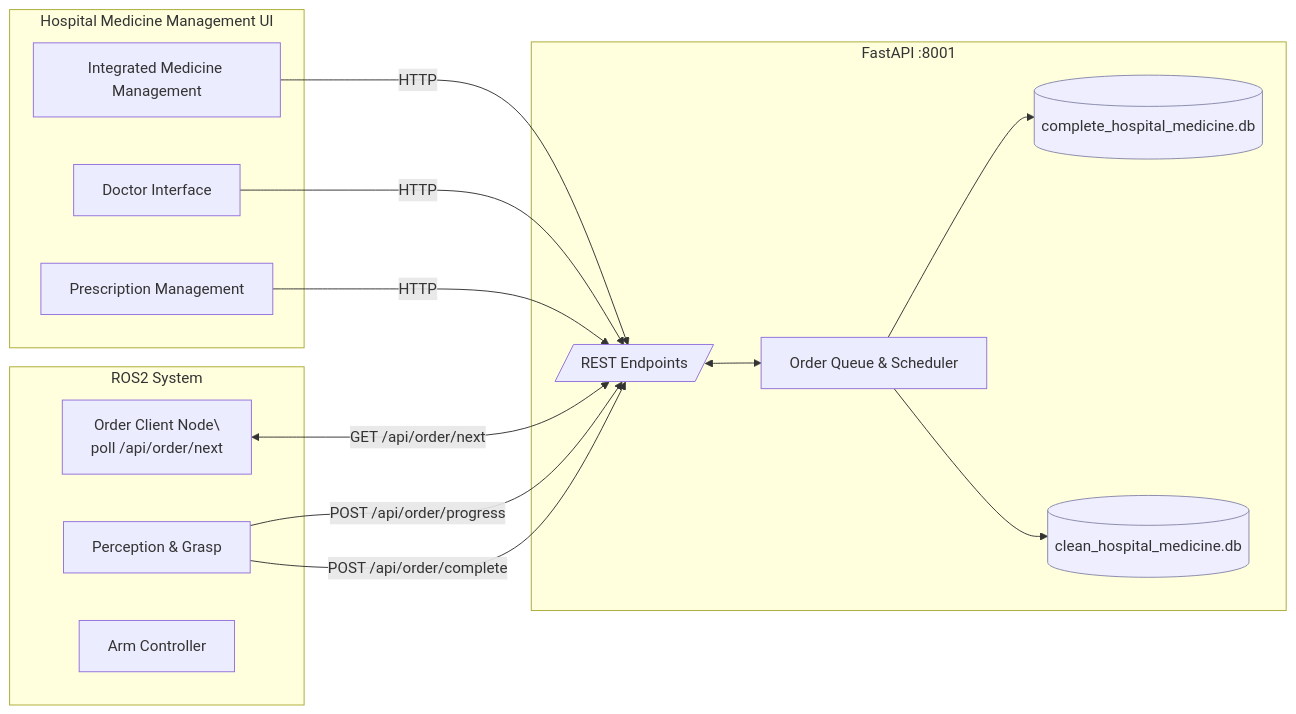
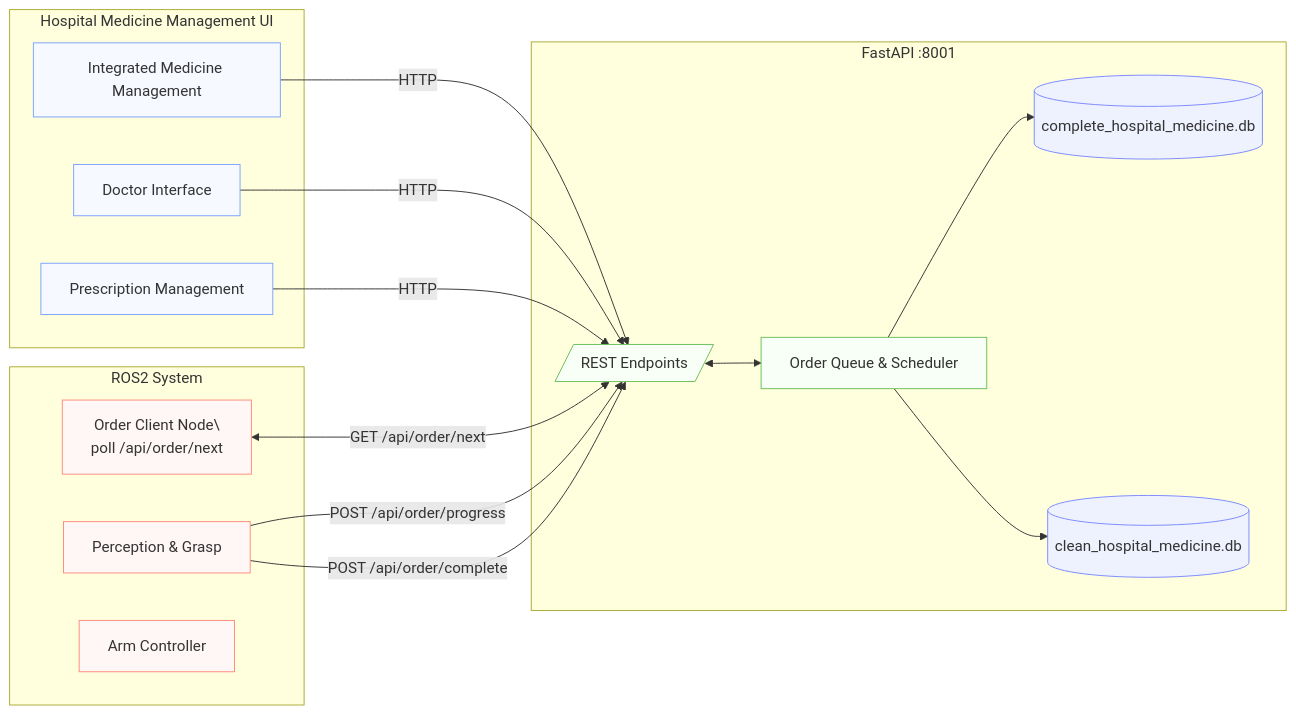
Before and after one commit to jimmyhuang921114/user_ineterface: the first of 2 diagrams in README.md, drawn with Mermaid. The commit also changed other lines of this file, not shown here.

````diff
--- a/README.md
+++ b/README.md
@@ -39,36 +39,51 @@
 ```mermaid
 flowchart LR
+  %% ---------- UI ----------
   subgraph UI[Hospital Medicine Management UI]
     M[Integrated Medicine Management]
     D[Doctor Interface]
     P[Prescription Management]
   end
 
+  %% ---------- API ----------
   subgraph API[FastAPI :8001]
     A1[/REST Endpoints/]
     A3[Order Queue & Scheduler]
     A2t[(complete_hospital_medicine.db)]
     A2p[(clean_hospital_medicine.db)]
   end
 
+  %% ---------- ROS2 ----------
   subgraph ROS[ROS2 System]
-    R1[Order Client Node\\npoll /api/order/next]
+    R1["Order Client Node\\npoll /api/order/next"]
     R2[Perception & Grasp]
     R3[Arm Controller]
   end
 
+  %% ---------- UI -> API ----------
   M -->|HTTP| A1
   D -->|HTTP| A1
   P -->|HTTP| A1
 
+  %% ---------- ROS2 <-> API ----------
   R1 <-->|GET /api/order/next| A1
   R2 -->|POST /api/order/progress| A1
   R2 -->|POST /api/order/complete| A1
 
+  %% ---------- API internals ----------
   A1 <--> A3
   A3 --> A2t
   A3 --> A2p
 
-  classDef db fill:#eef,stroke:#88a,stroke-width:1px;
+  %% ---------- Styles ----------
+  classDef ui fill:#f6f9ff,stroke:#7aa2ff,stroke-width:1px;
+  classDef api fill:#f8fff6,stroke:#6bbf59,stroke-width:1px;
+  classDef ros fill:#fff7f6,stroke:#ff8b7a,stroke-width:1px;
+  classDef db fill:#eef2ff,stroke:#7a88ff,stroke-width:1px;
+
+  class M,D,P ui;
+  class A1,A3 api;
+  class R1,R2,R3 ros;
   class A2t,A2p db;
+
 ```
````
